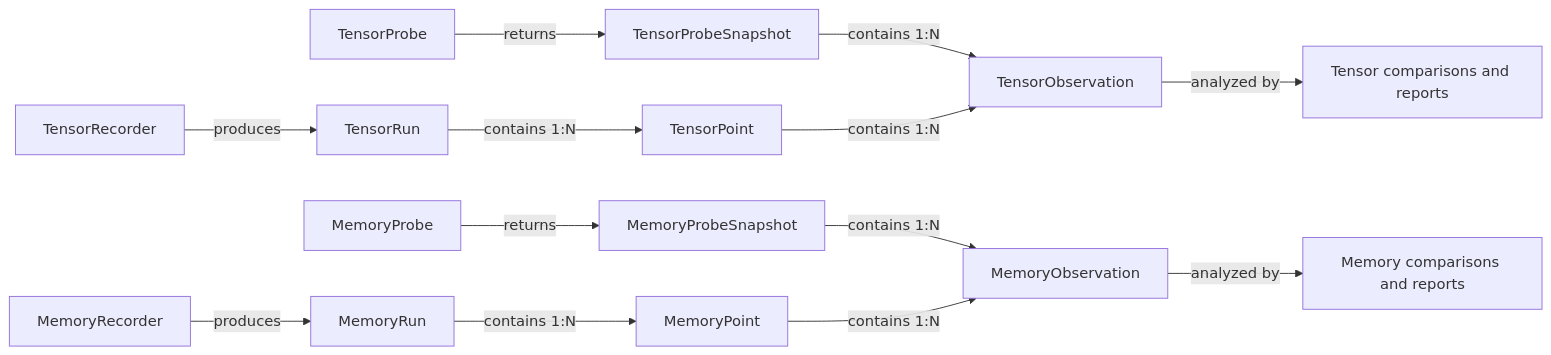
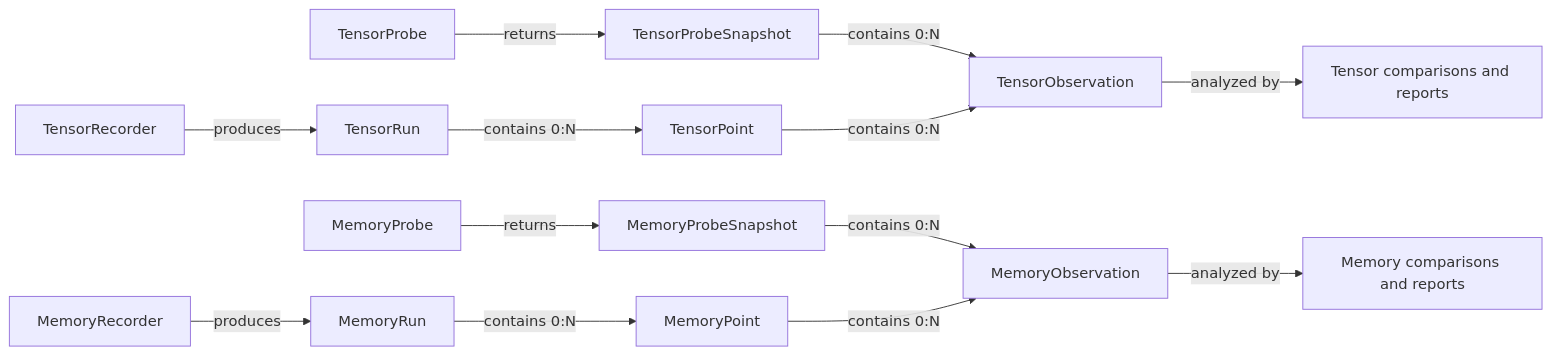
One commit to buptzyb/torch-cudagraph-debug changed the second of 4 diagrams in docs/architecture.md. Above: the diagram before and after it, drawn with Mermaid. The commit also changed 33 other files, not shown here.

````diff
--- a/docs/architecture.md
+++ b/docs/architecture.md
@@ -73,16 +73,16 @@
 ```mermaid
 flowchart LR
     TProbe["TensorProbe"] -->|returns| TS["TensorProbeSnapshot"]
-    TS -->|contains 1:N| TO["TensorObservation"]
+    TS -->|contains 0:N| TO["TensorObservation"]
     TR["TensorRecorder"] -->|produces| TRun["TensorRun"]
-    TRun -->|contains 1:N| TPoint["TensorPoint"]
-    TPoint -->|contains 1:N| TO
+    TRun -->|contains 0:N| TPoint["TensorPoint"]
+    TPoint -->|contains 0:N| TO
     TO -->|analyzed by| TC["Tensor comparisons and reports"]
 
     MProbe["MemoryProbe"] -->|returns| MS["MemoryProbeSnapshot"]
-    MS -->|contains 1:N| MO["MemoryObservation"]
+    MS -->|contains 0:N| MO["MemoryObservation"]
     MR["MemoryRecorder"] -->|produces| MRun["MemoryRun"]
-    MRun -->|contains 1:N| MPoint["MemoryPoint"]
-    MPoint -->|contains 1:N| MO
+    MRun -->|contains 0:N| MPoint["MemoryPoint"]
+    MPoint -->|contains 0:N| MO
     MO -->|analyzed by| MC["Memory comparisons and reports"]
 ```
````
